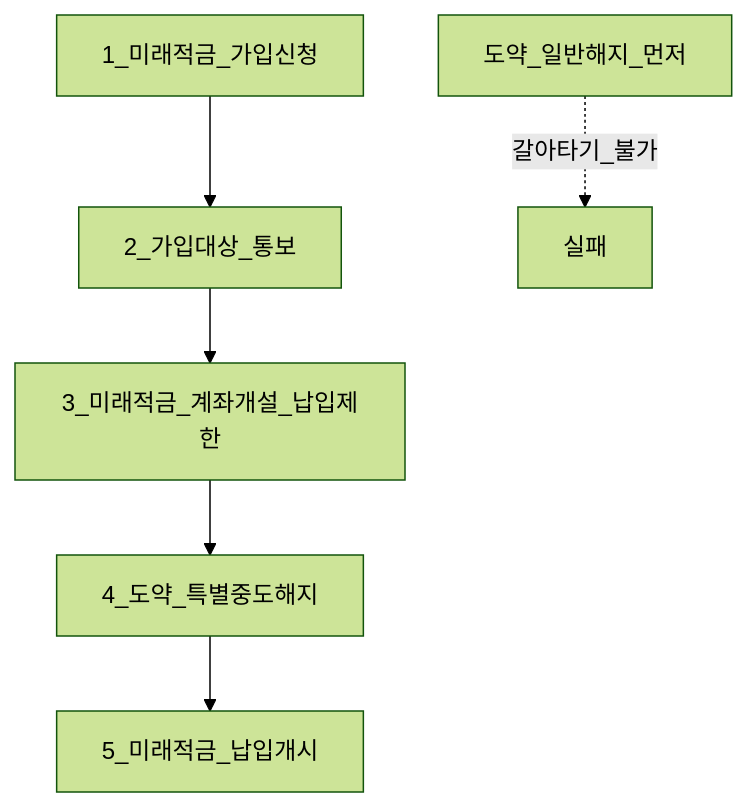
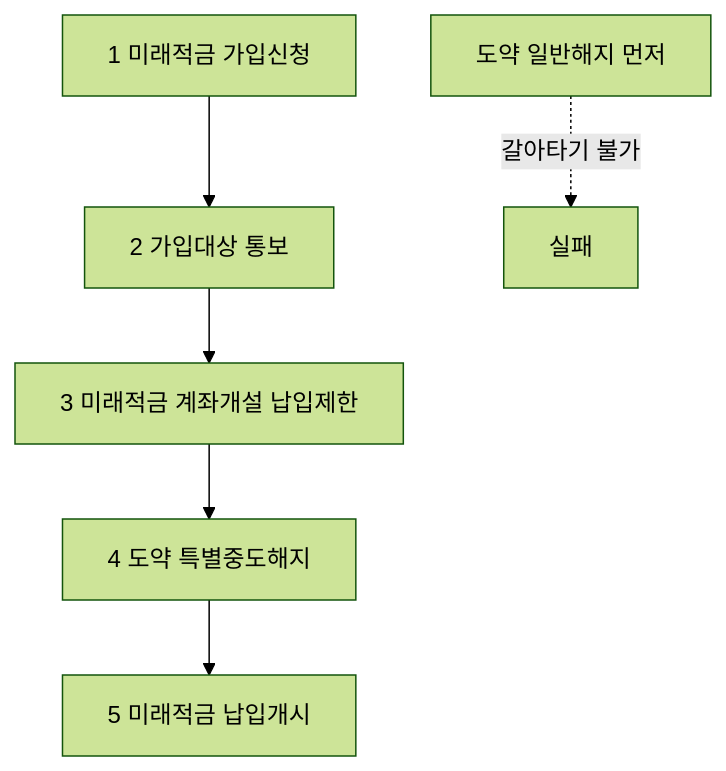
Before and after one commit to goldanghenry/Finances: the first of 2 diagrams in 06-korea-policy/youth-future-savings.md, drawn with Mermaid (forest theme). The commit also changed other lines of this file and 211 other files, not shown here.

````diff
--- a/06-korea-policy/youth-future-savings.md
+++ b/06-korea-policy/youth-future-savings.md
@@ -95,8 +104,8 @@
 ```mermaid
 flowchart TD
-  A[1_미래적금_가입신청] --> B[2_가입대상_통보]
-  B --> C[3_미래적금_계좌개설_납입제한]
-  C --> D[4_도약_특별중도해지]
-  D --> E[5_미래적금_납입개시]
-  X[도약_일반해지_먼저] -.->|갈아타기_불가| Fail[실패]
+  A["1 미래적금 가입신청"] --> B["2 가입대상 통보"]
+  B --> C["3 미래적금 계좌개설 납입제한"]
+  C --> D["4 도약 특별중도해지"]
+  D --> E["5 미래적금 납입개시"]
+  X["도약 일반해지 먼저"] -.->|"갈아타기 불가"| Fail[실패]
 ```
````
